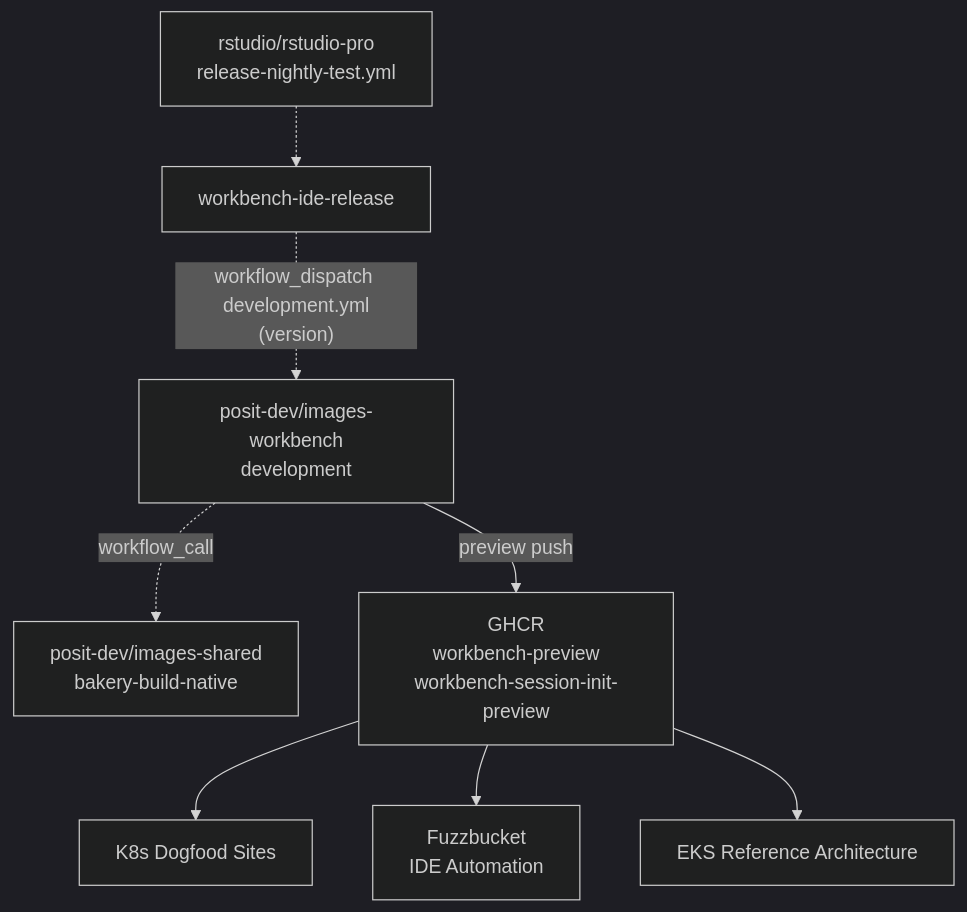
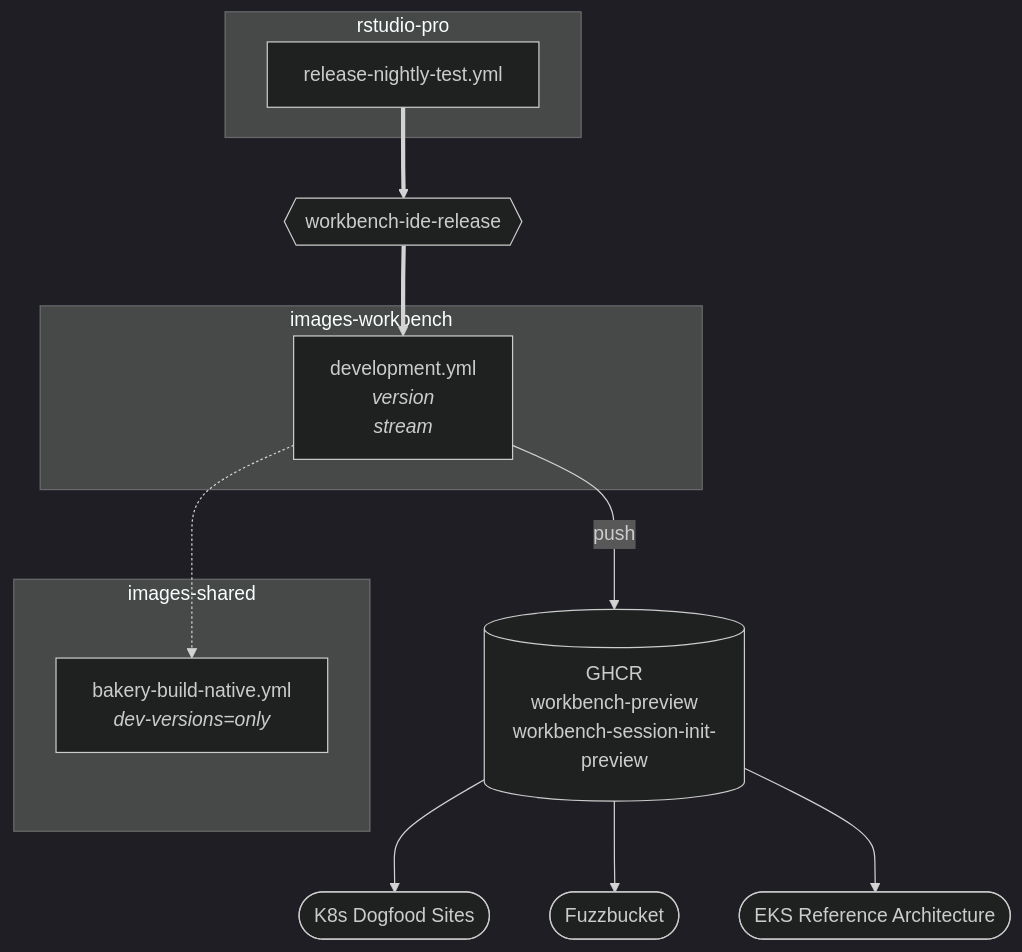
The seventh of 9 diagrams in posit-bakery/docs/cross-repo-workflows.qmd (posit-dev/images-shared), drawn with Mermaid (dark theme) before and after one commit. The commit also changed other lines of this file and 1 other file, not shown here.

First line of the commit message:
Update cross-repo workflow diagrams

````diff
--- a/posit-bakery/docs/cross-repo-workflows.qmd
+++ b/posit-bakery/docs/cross-repo-workflows.qmd
@@ -268,27 +284,29 @@
 ```{mermaid}
 %%| fig-cap: "Workbench Development Flow"
 graph TD
-    PROD["rstudio/rstudio-pro<br/>release-nightly-test.yml"]
-    BOT["workbench-ide-release"]
+    subgraph rstudio-pro
+        NIGHTLY["release-nightly-test.yml"]
+    end
 
-    PROD -.-> BOT
-    BOT -.->|"workflow_dispatch development.yml<br/>(version)"| IMG_DEV
+    NIGHTLY ==> APP{{"workbench-ide-release"}}
+    APP ==> DEV
 
-    SHARED["posit-dev/images-shared<br/>bakery-build-native"]
+    subgraph images-workbench
+        DEV["development.yml<br/><i>version</i><br/><i>stream</i>"]
+    end
 
-    IMG_DEV["posit-dev/images-workbench<br/>development"]
+    DEV -.-> SHARED
 
-    IMG_DEV -.->|workflow_call| SHARED
+    subgraph images-shared
+        SHARED["bakery-build-native.yml<br/><i>dev-versions=only</i>"]
+    end
 
-    IMG_DEV -->|preview push| GHCR
+    DEV -->|push| GHCR[("GHCR<br/>workbench-preview<br/>workbench-session-init-preview")]
+    GHCR --> K8S(["K8s Dogfood Sites"])
+    GHCR --> FUZZBUCKET(["Fuzzbucket"])
+    GHCR --> EKS_REF(["EKS Reference Architecture"])
 
-    GHCR["GHCR<br/>workbench-preview<br/>workbench-session-init-preview"]
-
-    GHCR --> K8S
-    GHCR --> FUZZBUCKET
-    GHCR --> EKS_REF
-
-    K8S["K8s Dogfood Sites"]
-    FUZZBUCKET["Fuzzbucket<br/>IDE Automation"]
-    EKS_REF["EKS Reference Architecture"]
+    click NIGHTLY "https://github.com/rstudio/rstudio-pro/blob/main/.github/workflows/release-nightly-test.yml" _blank
+    click DEV "https://github.com/posit-dev/images-workbench/blob/main/.github/workflows/development.yml" _blank
+    click SHARED "https://github.com/posit-dev/images-shared/blob/main/.github/workflows/bakery-build-native.yml" _blank
 ```
````
